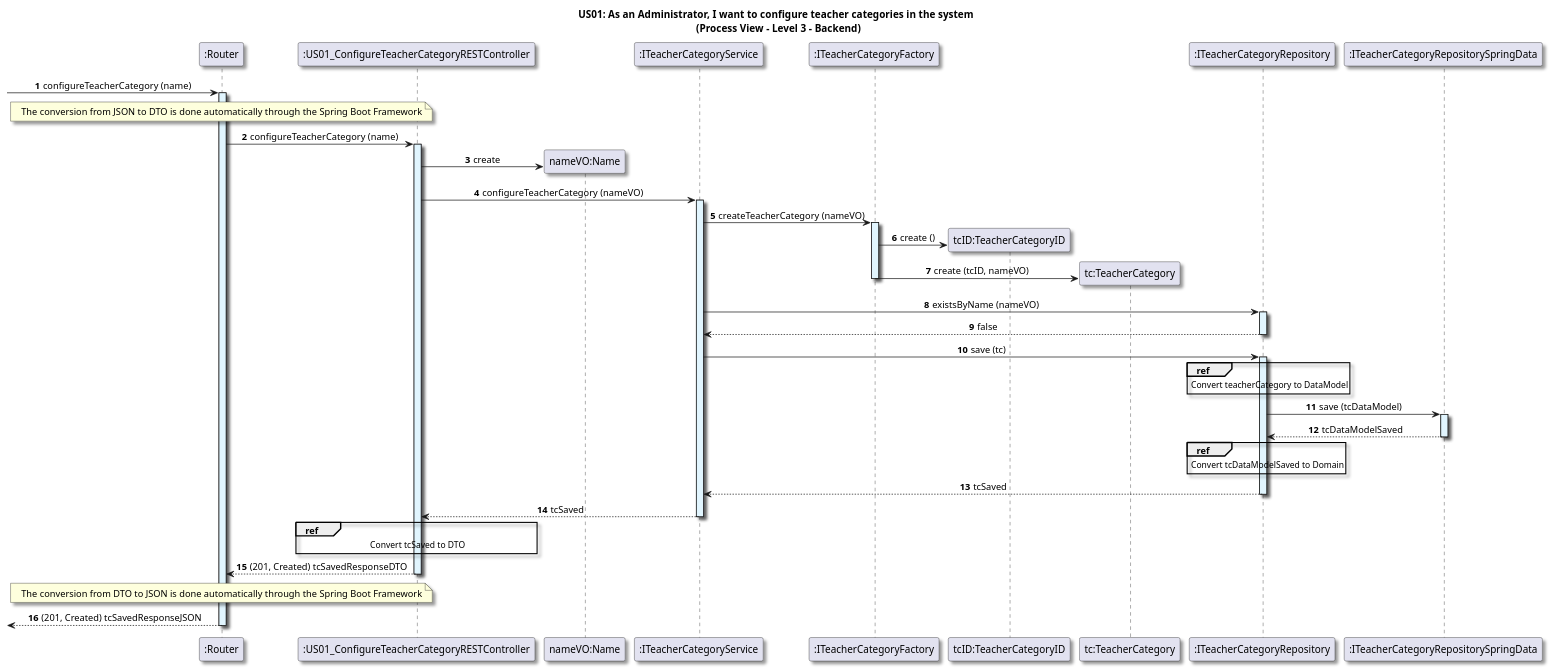
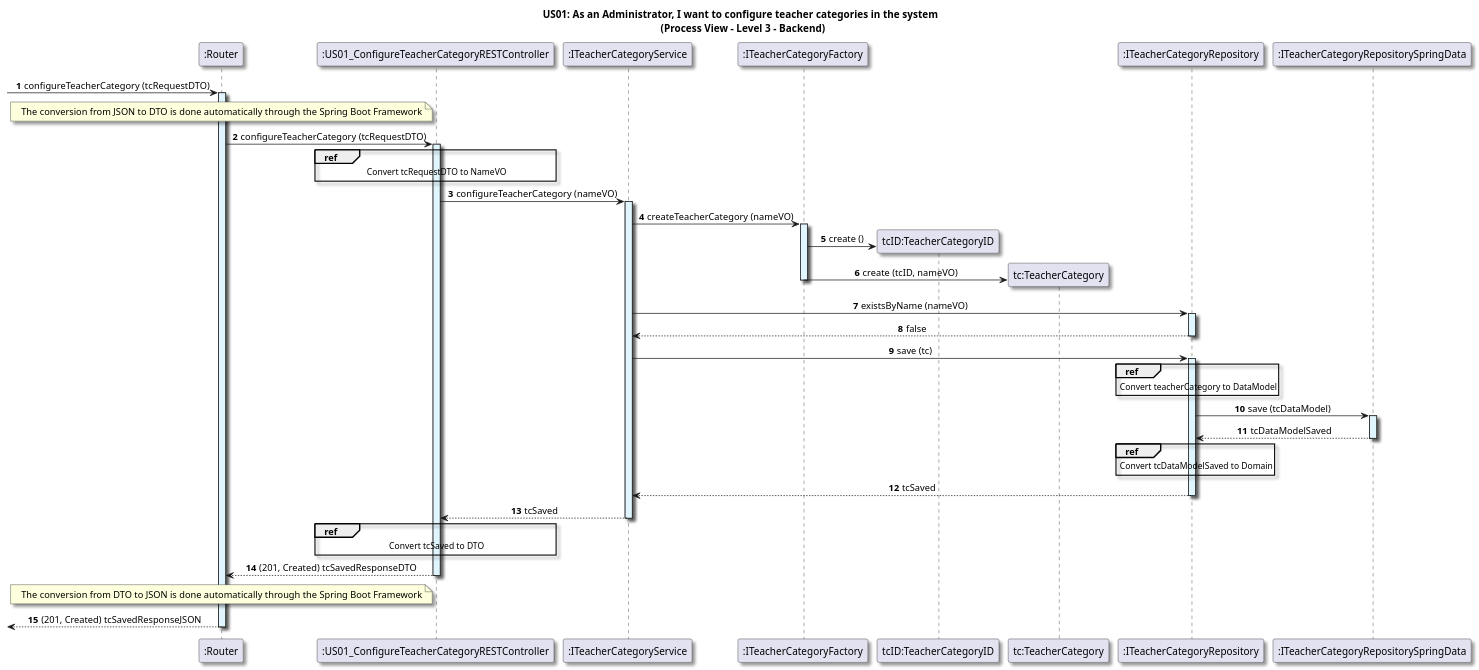
One commit to GasparISEP/DevOps-PAI changed the diagram in docs/US01/Sprint6_RestAPI/ProcessView/Level3.puml. Above: the diagram before and after it, drawn with PlantUML. The commit also changed 1 other file, not shown here.

Commit message:
refactor (diagram): Update process view diagrams at level 2 and 3 with minor adjustments (#532, #541)

```diff
--- a/docs/US01/Sprint6_RestAPI/ProcessView/Level3.puml
+++ b/docs/US01/Sprint6_RestAPI/ProcessView/Level3.puml
@@ -1,80 +1,80 @@
 @startuml
 
 title US01: As an Administrator, I want to configure teacher categories in the system \n (Process View - Level 3 - Backend)
 
 skinparam defaultTextAlignment center
 skinparam shadowing true
 
 autonumber
 
 participant ":Router" as router
--> router: configureTeacherCategory (name)
+-> router: configureTeacherCategory (tcRequestDTO)
 activate router #E1F5FE
 
 note over router: The conversion from JSON to DTO is done automatically through the Spring Boot Framework
 
 participant ":US01_ConfigureTeacherCategoryRESTController" as Controller
-router -> Controller: configureTeacherCategory (name)
+router -> Controller: configureTeacherCategory (tcRequestDTO)
 activate Controller #E1F5FE
 
-create "nameVO:Name"
-Controller -> "nameVO:Name": create
+ref over Controller
+    Convert tcRequestDTO to NameVO
+end
 
 participant ":ITeacherCategoryService" as service
 Controller -> service: configureTeacherCategory (nameVO)
 activate service #E1F5FE
-
 
 participant ":ITeacherCategoryFactory" as Factory
 service -> Factory: createTeacherCategory (nameVO)
 activate Factory #E1F5FE
 
 create "tcID:TeacherCategoryID"
 Factory -> "tcID:TeacherCategoryID": create ()
 
 create "tc:TeacherCategory"
 Factory -> "tc:TeacherCategory": create (tcID, nameVO)
 deactivate Factory
 
 participant ":ITeacherCategoryRepository" as Repository
 service -> Repository: existsByName (nameVO)
 activate Repository #E1F5FE
 Repository --> service: false
 deactivate Repository
 
 service -> Repository: save (tc)
 activate Repository #E1F5FE
 
 ref over Repository
     Convert teacherCategory to DataModel
 end
 
 participant ":ITeacherCategoryRepositorySpringData" as springDataRepository
 Repository -> springDataRepository: save (tcDataModel)
 activate springDataRepository #E1F5FE
 springDataRepository --> Repository : tcDataModelSaved
 deactivate springDataRepository
 
 ref over Repository
     Convert tcDataModelSaved to Domain
 end
 
 Repository --> service: tcSaved
 deactivate Repository
 
 service --> Controller: tcSaved
 deactivate service
 
 ref over Controller
     Convert tcSaved to DTO
 end
 
 Controller --> router: (201, Created) tcSavedResponseDTO
 deactivate Controller
 
 note over router: The conversion from DTO to JSON is done automatically through the Spring Boot Framework
 
 <-- router: (201, Created) tcSavedResponseJSON
 deactivate router
 
 @enduml
```
